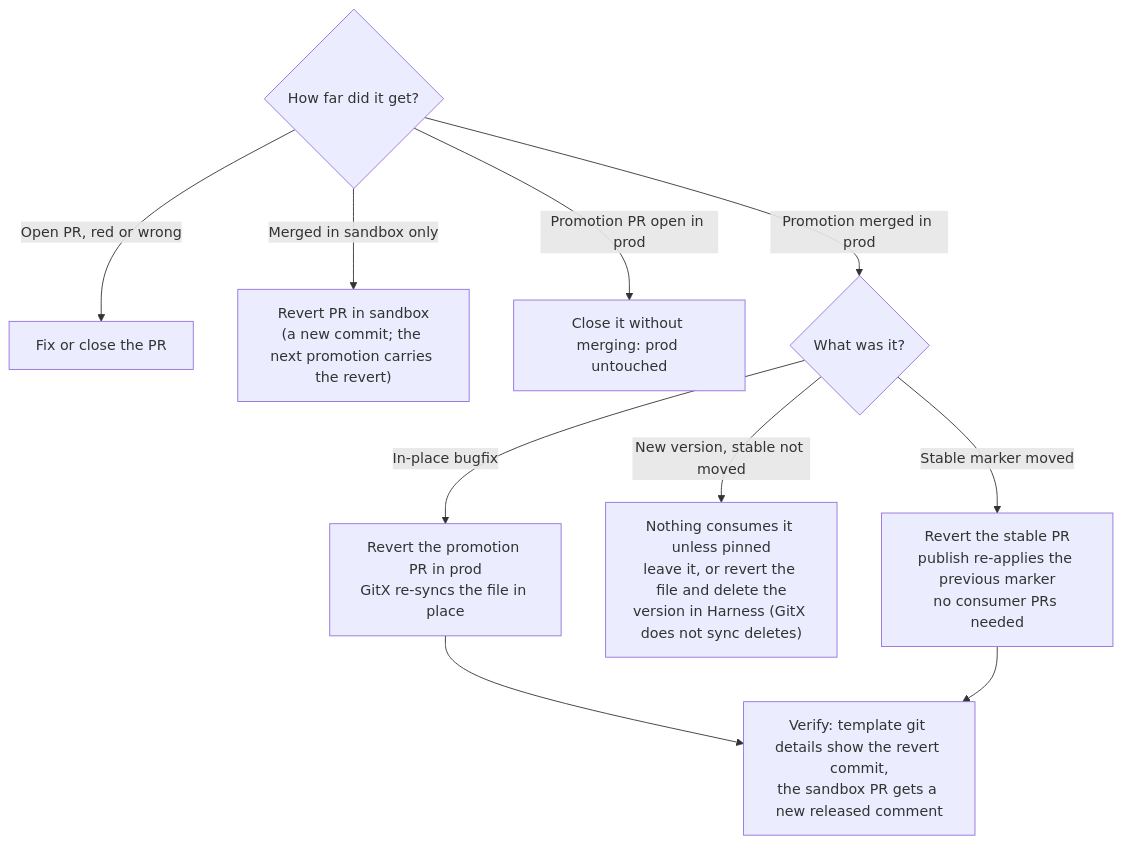
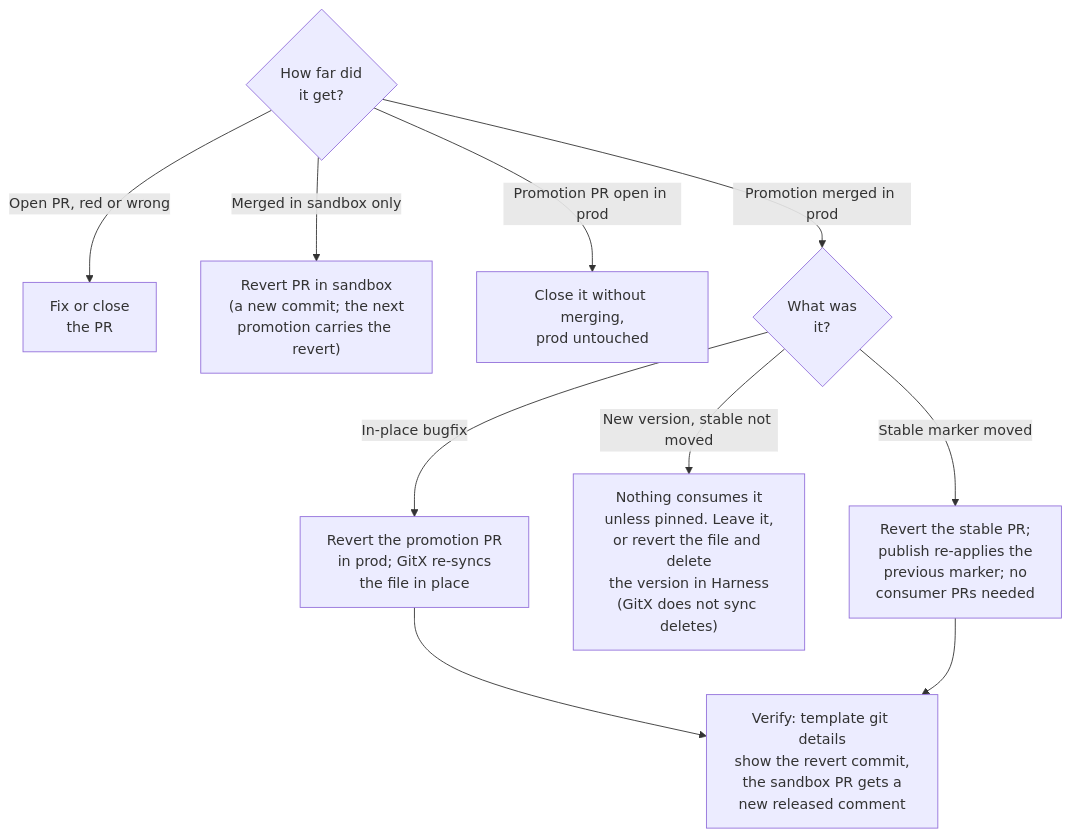
The sixth of 6 diagrams in docs/PROMOTION-FLOW.md (armory-io/harness-account-iacm), drawn with Mermaid before and after one commit. The commit also changed other lines of this file, not shown here.

First line of the commit message:
docs: wrap long diagram labels so they are not cut off

````diff
--- a/docs/PROMOTION-FLOW.md
+++ b/docs/PROMOTION-FLOW.md
@@ -166,12 +166,12 @@
 ```mermaid
 flowchart TD
-    S{How far did it get?} -->|"Open PR, red or wrong"| R1[Fix or close the PR]
-    S -->|"Merged in sandbox only"| R2["Revert PR in sandbox<br/>(a new commit; the next promotion carries the revert)"]
-    S -->|"Promotion PR open in prod"| R3[Close it without merging: prod untouched]
-    S -->|"Promotion merged in prod"| T{What was it?}
-    T -->|"In-place bugfix"| R4["Revert the promotion PR in prod<br/>GitX re-syncs the file in place"]
-    T -->|"New version, stable not moved"| R5["Nothing consumes it unless pinned<br/>leave it, or revert the file and delete the<br/>version in Harness (GitX does not sync deletes)"]
-    T -->|"Stable marker moved"| R6["Revert the stable PR<br/>publish re-applies the previous marker<br/>no consumer PRs needed"]
-    R4 --> V["Verify: template git details show the revert commit,<br/>the sandbox PR gets a new released comment"]
+    S{"How far did<br/>it get?"} -->|"Open PR, red or wrong"| R1["Fix or close<br/>the PR"]
+    S -->|"Merged in sandbox only"| R2["Revert PR in sandbox<br/>(a new commit; the next<br/>promotion carries the revert)"]
+    S -->|"Promotion PR open in prod"| R3["Close it without merging,<br/>prod untouched"]
+    S -->|"Promotion merged in prod"| T{"What was<br/>it?"}
+    T -->|"In-place bugfix"| R4["Revert the promotion PR<br/>in prod; GitX re-syncs<br/>the file in place"]
+    T -->|"New version, stable not moved"| R5["Nothing consumes it<br/>unless pinned. Leave it,<br/>or revert the file and delete<br/>the version in Harness<br/>(GitX does not sync deletes)"]
+    T -->|"Stable marker moved"| R6["Revert the stable PR;<br/>publish re-applies the<br/>previous marker; no<br/>consumer PRs needed"]
+    R4 --> V["Verify: template git details<br/>show the revert commit,<br/>the sandbox PR gets a<br/>new released comment"]
     R6 --> V
 ```
````
